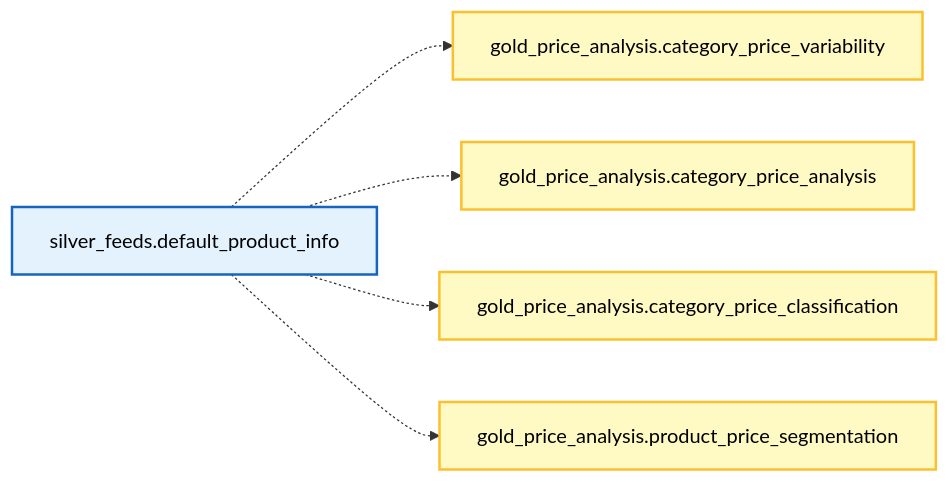
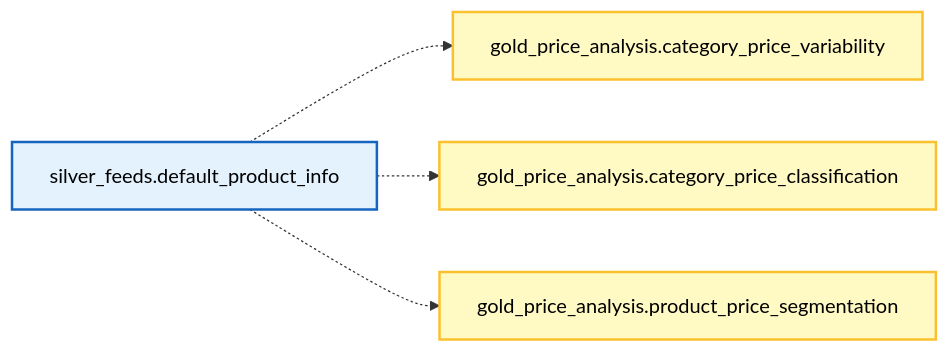
The diagram in report/imagens/origem-tabelas-gold.mmd (andreclaudino/pos-puc-rio-mvp-engenharia-de-dados), drawn with Mermaid before and after one commit. The commit also changed 61 other files, not shown here.

```diff
--- a/report/imagens/origem-tabelas-gold.mmd
+++ b/report/imagens/origem-tabelas-gold.mmd
@@ -1,19 +1,17 @@
 graph LR
     %% ESTILOS
     classDef silverClass fill:#e3f2fd,stroke:#1565c0,stroke-width:2px,color:#000;
     classDef goldClass fill:#fff9c4,stroke:#fbc02d,stroke-width:2px,color:#000;
 
     %% SILVER
     S_DEFAULT["silver_feeds.default_product_info"]:::silverClass
 
     %% GOLD
     G_VAR["gold_price_analysis.category_price_variability"]:::goldClass
-    G_ANALYSIS["gold_price_analysis.category_price_analysis"]:::goldClass
     G_CLASS["gold_price_analysis.category_price_classification"]:::goldClass
     G_PROD["gold_price_analysis.product_price_segmentation"]:::goldClass
 
     %% FLUXO ETL
     S_DEFAULT -.-> G_VAR
-    S_DEFAULT -.-> G_ANALYSIS
     S_DEFAULT -.-> G_CLASS
     S_DEFAULT -.-> G_PROD
```
